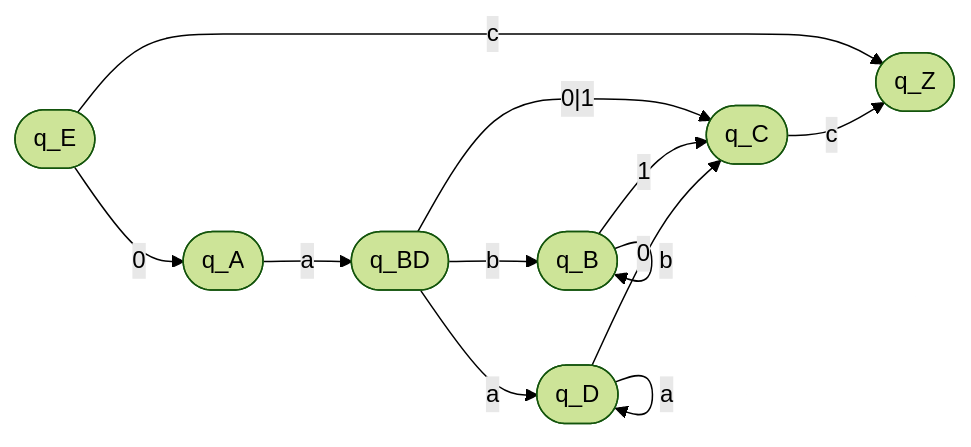
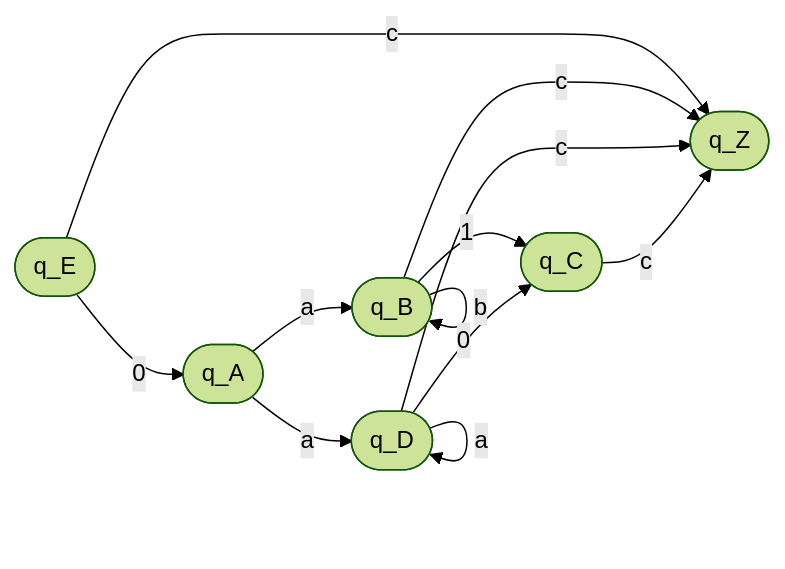
One commit to AntonC9018/uni_languages changed the fifth of 5 diagrams in Curmanschii_Anton_Laborator_2.md. Above: the diagram before and after it, drawn with Mermaid (forest theme). The commit also changed other lines of this file, not shown here.

````diff
--- a/Curmanschii_Anton_Laborator_2.md
+++ b/Curmanschii_Anton_Laborator_2.md
@@ -107,29 +123,25 @@
 ```mermaid
 flowchart LR
 
 E(["q_E"])
 A(["q_A"])
-BD(["q_BD"])
 B(["q_B"])
 D(["q_D"])
 C(["q_C"])
 Z(["q_Z"])
 
 E-- c -->Z
 E-- 0 -->A
 
-A-- a -->BD
-
-BD-- "b" -->B
-BD-- "a" -->D
-
-BD-- "0|1" -->C
+A-- a -->B & D
 
 B-- "b" -->B
 D-- "a" -->D
 
 B-- "1" -->C
 D-- "0" -->C
 
+B & D-- c -->Z
+
 C-- c -->Z
 ```
````
